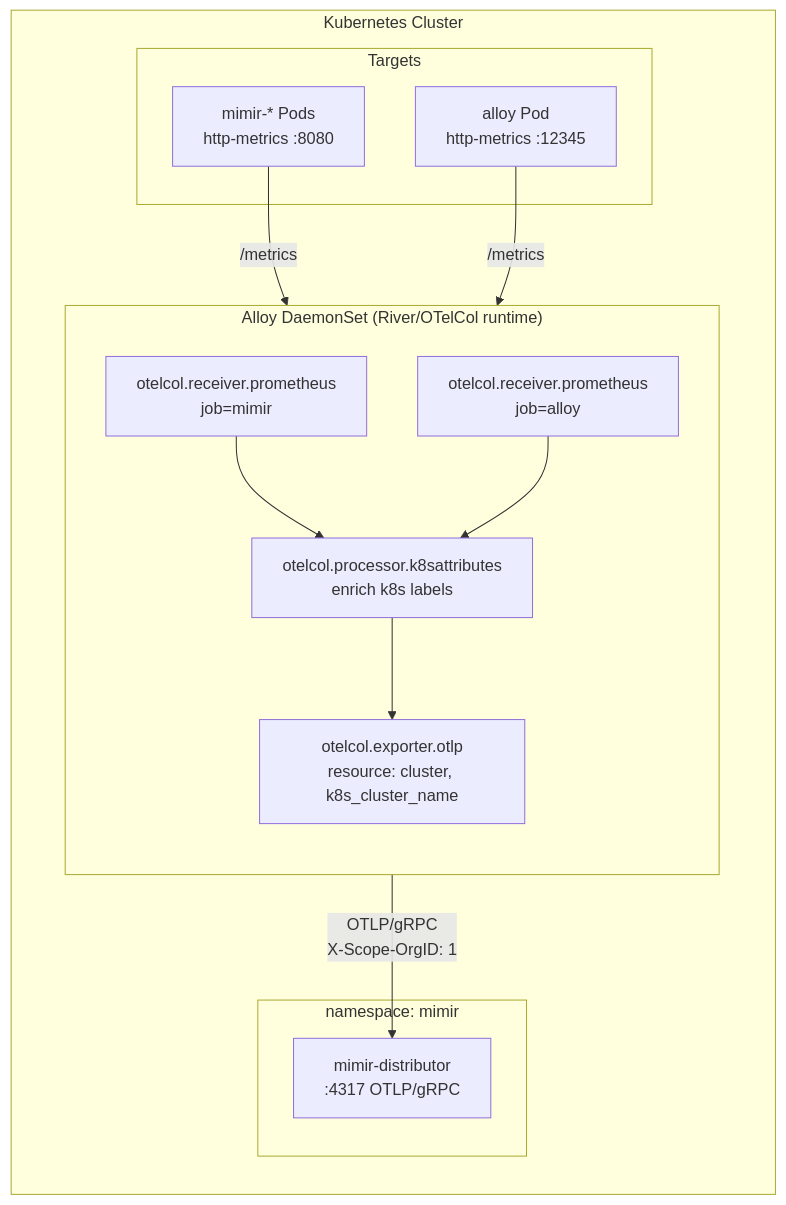
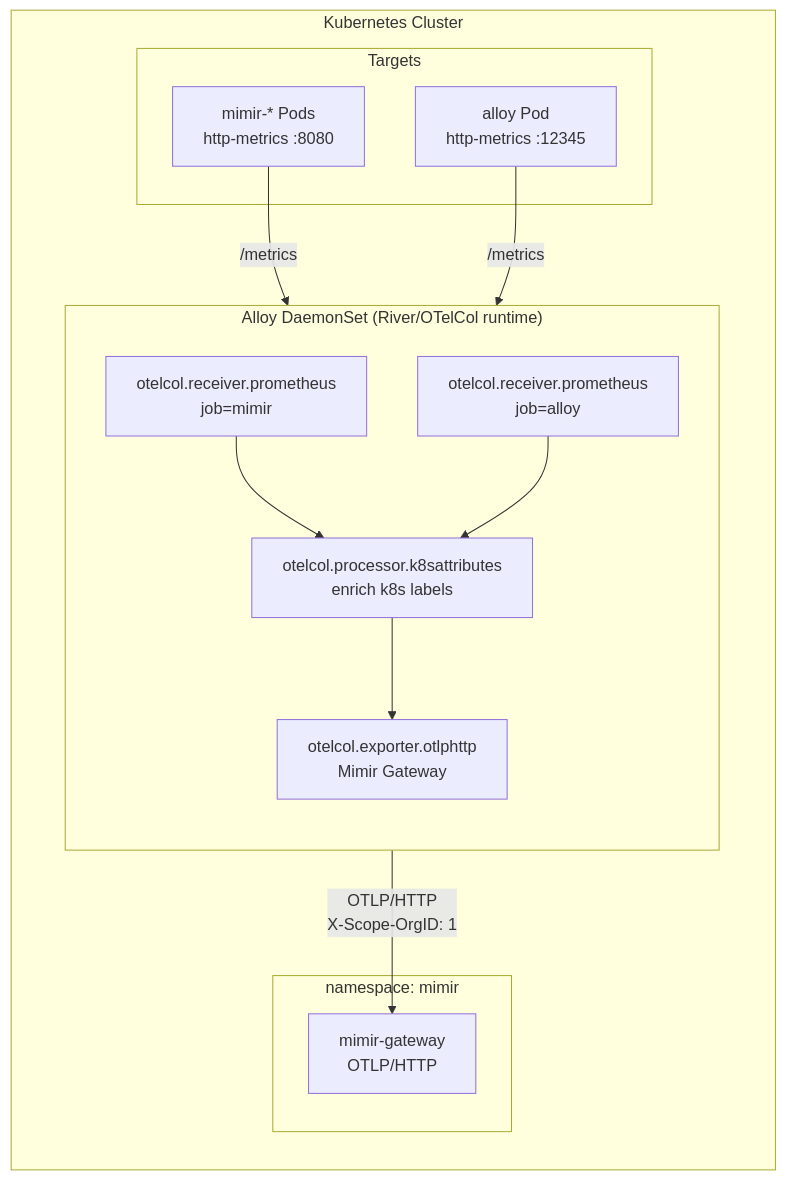
Before and after one commit to saadisfy/bwcloud-gitops: the first of 2 diagrams in docs/OBSERVABILITY.md, drawn with Mermaid. The commit also changed other lines of this file and 2 other files, not shown here.

````diff
--- a/docs/OBSERVABILITY.md
+++ b/docs/OBSERVABILITY.md
@@ -48,28 +31,28 @@
 ```mermaid
 flowchart LR
   subgraph K8S["Kubernetes Cluster"]
     subgraph Targets
       MC[mimir-* Pods<br/>http-metrics :8080]
       AP[alloy Pod<br/>http-metrics :12345]
     end
 
     subgraph ALLOY["Alloy DaemonSet (River/OTelCol runtime)"]
       direction TB
       PRm[otelcol.receiver.prometheus<br/>job=mimir]
       PRa[otelcol.receiver.prometheus<br/>job=alloy]
       KA[otelcol.processor.k8sattributes<br/>enrich k8s labels]
-      OTLP[otelcol.exporter.otlp<br/>resource: cluster, k8s_cluster_name]
+      OTLP[otelcol.exporter.otlphttp<br/>Mimir Gateway]
     end
 
     subgraph MIMIR_NS["namespace: mimir"]
-      DIST[mimir-distributor<br/>:4317 OTLP/gRPC]
+      DIST[mimir-gateway<br/>OTLP/HTTP]
     end
   end
 
   MC --"/metrics"--> PRm
   AP --"/metrics"--> PRa
   PRm --> KA
   PRa --> KA
   KA --> OTLP
-  OTLP --"OTLP/gRPC<br/>X-Scope-OrgID: 1"--> DIST
+  OTLP --"OTLP/HTTP<br/>X-Scope-OrgID: 1"--> DIST
 ```
````
